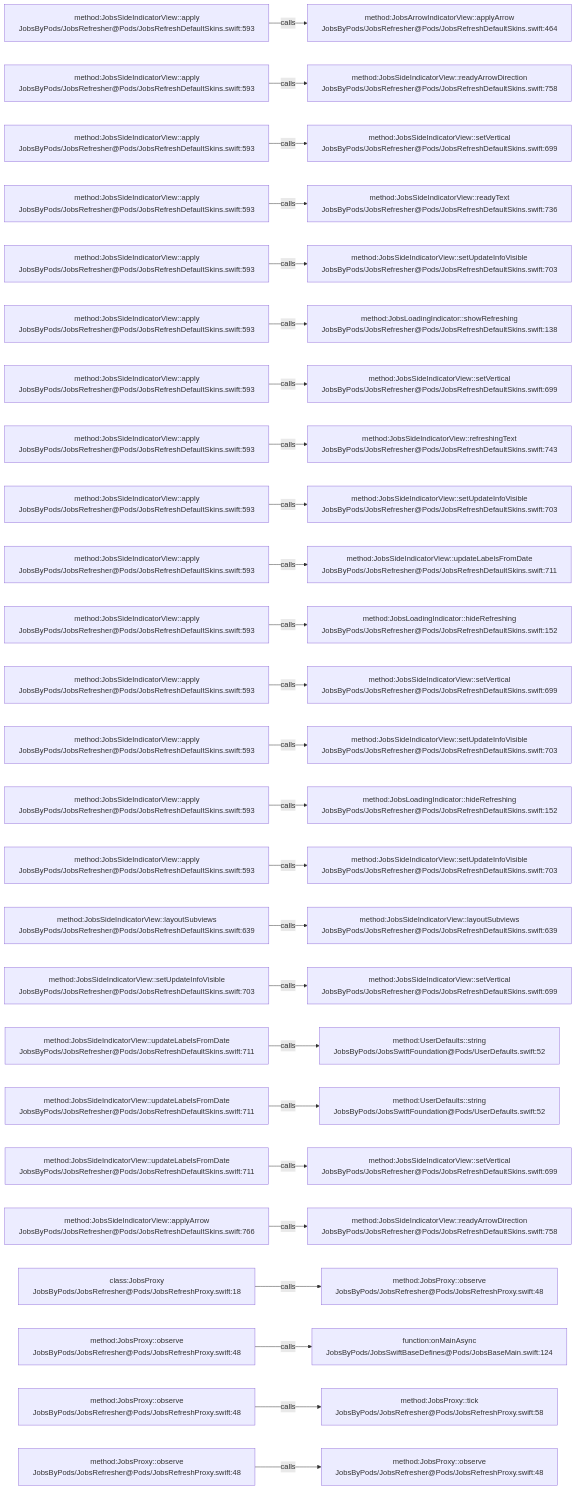
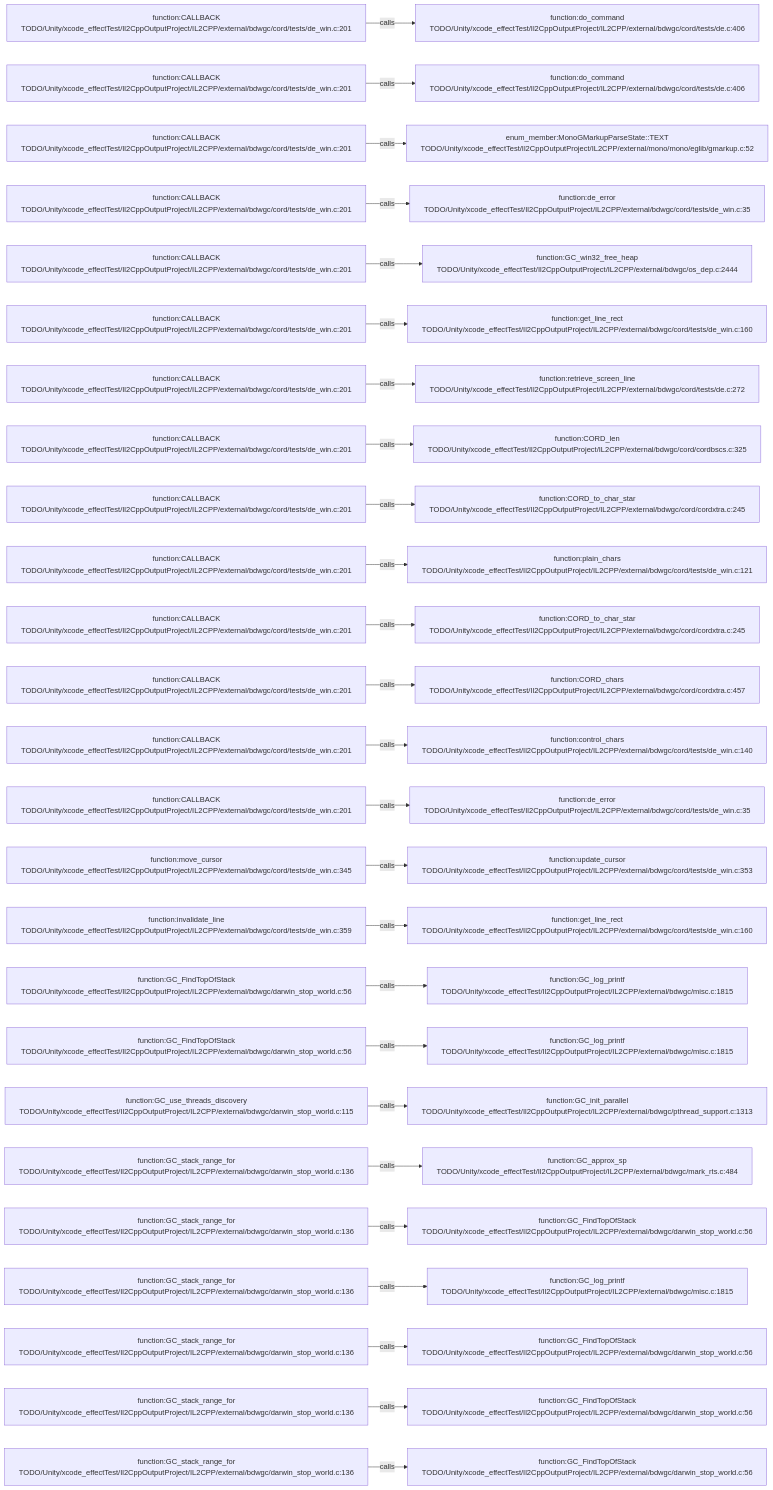
The diagram in .codegraph/codegraph.md/graphs/calls-163.md (JobsKits/JobsSwiftBaseConfigDemo), drawn with Mermaid before and after one commit. The commit also changed 569 other files, not shown here.

````diff
--- a/.codegraph/codegraph.md/graphs/calls-163.md
+++ b/.codegraph/codegraph.md/graphs/calls-163.md
@@ -13,78 +13,78 @@
 ```mermaid
 flowchart LR
-  S1["method:JobsSideIndicatorView::apply<br/>JobsByPods/JobsRefresher@Pods/JobsRefreshDefaultSkins.swift:593"]
-  T1["method:JobsArrowIndicatorView::applyArrow<br/>JobsByPods/JobsRefresher@Pods/JobsRefreshDefaultSkins.swift:464"]
+  S1["function:CALLBACK<br/>TODO/Unity/xcode_effectTest/Il2CppOutputProject/IL2CPP/external/bdwgc/cord/tests/de_win.c:201"]
+  T1["function:do_command<br/>TODO/Unity/xcode_effectTest/Il2CppOutputProject/IL2CPP/external/bdwgc/cord/tests/de.c:406"]
   S1 -->|calls| T1
-  S2["method:JobsSideIndicatorView::apply<br/>JobsByPods/JobsRefresher@Pods/JobsRefreshDefaultSkins.swift:593"]
-  T2["method:JobsSideIndicatorView::readyArrowDirection<br/>JobsByPods/JobsRefresher@Pods/JobsRefreshDefaultSkins.swift:758"]
+  S2["function:CALLBACK<br/>TODO/Unity/xcode_effectTest/Il2CppOutputProject/IL2CPP/external/bdwgc/cord/tests/de_win.c:201"]
+  T2["function:do_command<br/>TODO/Unity/xcode_effectTest/Il2CppOutputProject/IL2CPP/external/bdwgc/cord/tests/de.c:406"]
   S2 -->|calls| T2
-  S3["method:JobsSideIndicatorView::apply<br/>JobsByPods/JobsRefresher@Pods/JobsRefreshDefaultSkins.swift:593"]
-  T3["method:JobsSideIndicatorView::setVertical<br/>JobsByPods/JobsRefresher@Pods/JobsRefreshDefaultSkins.swift:699"]
+  S3["function:CALLBACK<br/>TODO/Unity/xcode_effectTest/Il2CppOutputProject/IL2CPP/external/bdwgc/cord/tests/de_win.c:201"]
+  T3["enum_member:MonoGMarkupParseState::TEXT<br/>TODO/Unity/xcode_effectTest/Il2CppOutputProject/IL2CPP/external/mono/mono/eglib/gmarkup.c:52"]
   S3 -->|calls| T3
-  S4["method:JobsSideIndicatorView::apply<br/>JobsByPods/JobsRefresher@Pods/JobsRefreshDefaultSkins.swift:593"]
-  T4["method:JobsSideIndicatorView::readyText<br/>JobsByPods/JobsRefresher@Pods/JobsRefreshDefaultSkins.swift:736"]
+  S4["function:CALLBACK<br/>TODO/Unity/xcode_effectTest/Il2CppOutputProject/IL2CPP/external/bdwgc/cord/tests/de_win.c:201"]
+  T4["function:de_error<br/>TODO/Unity/xcode_effectTest/Il2CppOutputProject/IL2CPP/external/bdwgc/cord/tests/de_win.c:35"]
   S4 -->|calls| T4
-  S5["method:JobsSideIndicatorView::apply<br/>JobsByPods/JobsRefresher@Pods/JobsRefreshDefaultSkins.swift:593"]
-  T5["method:JobsSideIndicatorView::setUpdateInfoVisible<br/>JobsByPods/JobsRefresher@Pods/JobsRefreshDefaultSkins.swift:703"]
+  S5["function:CALLBACK<br/>TODO/Unity/xcode_effectTest/Il2CppOutputProject/IL2CPP/external/bdwgc/cord/tests/de_win.c:201"]
+  T5["function:GC_win32_free_heap<br/>TODO/Unity/xcode_effectTest/Il2CppOutputProject/IL2CPP/external/bdwgc/os_dep.c:2444"]
   S5 -->|calls| T5
-  S6["method:JobsSideIndicatorView::apply<br/>JobsByPods/JobsRefresher@Pods/JobsRefreshDefaultSkins.swift:593"]
-  T6["method:JobsLoadingIndicator::showRefreshing<br/>JobsByPods/JobsRefresher@Pods/JobsRefreshDefaultSkins.swift:138"]
+  S6["function:CALLBACK<br/>TODO/Unity/xcode_effectTest/Il2CppOutputProject/IL2CPP/external/bdwgc/cord/tests/de_win.c:201"]
+  T6["function:get_line_rect<br/>TODO/Unity/xcode_effectTest/Il2CppOutputProject/IL2CPP/external/bdwgc/cord/tests/de_win.c:160"]
   S6 -->|calls| T6
-  S7["method:JobsSideIndicatorView::apply<br/>JobsByPods/JobsRefresher@Pods/JobsRefreshDefaultSkins.swift:593"]
-  T7["method:JobsSideIndicatorView::setVertical<br/>JobsByPods/JobsRefresher@Pods/JobsRefreshDefaultSkins.swift:699"]
+  S7["function:CALLBACK<br/>TODO/Unity/xcode_effectTest/Il2CppOutputProject/IL2CPP/external/bdwgc/cord/tests/de_win.c:201"]
+  T7["function:retrieve_screen_line<br/>TODO/Unity/xcode_effectTest/Il2CppOutputProject/IL2CPP/external/bdwgc/cord/tests/de.c:272"]
   S7 -->|calls| T7
-  S8["method:JobsSideIndicatorView::apply<br/>JobsByPods/JobsRefresher@Pods/JobsRefreshDefaultSkins.swift:593"]
-  T8["method:JobsSideIndicatorView::refreshingText<br/>JobsByPods/JobsRefresher@Pods/JobsRefreshDefaultSkins.swift:743"]
+  S8["function:CALLBACK<br/>TODO/Unity/xcode_effectTest/Il2CppOutputProject/IL2CPP/external/bdwgc/cord/tests/de_win.c:201"]
+  T8["function:CORD_len<br/>TODO/Unity/xcode_effectTest/Il2CppOutputProject/IL2CPP/external/bdwgc/cord/cordbscs.c:325"]
   S8 -->|calls| T8
-  S9["method:JobsSideIndicatorView::apply<br/>JobsByPods/JobsRefresher@Pods/JobsRefreshDefaultSkins.swift:593"]
-  T9["method:JobsSideIndicatorView::setUpdateInfoVisible<br/>JobsByPods/JobsRefresher@Pods/JobsRefreshDefaultSkins.swift:703"]
+  S9["function:CALLBACK<br/>TODO/Unity/xcode_effectTest/Il2CppOutputProject/IL2CPP/external/bdwgc/cord/tests/de_win.c:201"]
+  T9["function:CORD_to_char_star<br/>TODO/Unity/xcode_effectTest/Il2CppOutputProject/IL2CPP/external/bdwgc/cord/cordxtra.c:245"]
   S9 -->|calls| T9
-  S10["method:JobsSideIndicatorView::apply<br/>JobsByPods/JobsRefresher@Pods/JobsRefreshDefaultSkins.swift:593"]
-  T10["method:JobsSideIndicatorView::updateLabelsFromDate<br/>JobsByPods/JobsRefresher@Pods/JobsRefreshDefaultSkins.swift:711"]
+  S10["function:CALLBACK<br/>TODO/Unity/xcode_effectTest/Il2CppOutputProject/IL2CPP/external/bdwgc/cord/tests/de_win.c:201"]
+  T10["function:plain_chars<br/>TODO/Unity/xcode_effectTest/Il2CppOutputProject/IL2CPP/external/bdwgc/cord/tests/de_win.c:121"]
   S10 -->|calls| T10
-  S11["method:JobsSideIndicatorView::apply<br/>JobsByPods/JobsRefresher@Pods/JobsRefreshDefaultSkins.swift:593"]
-  T11["method:JobsLoadingIndicator::hideRefreshing<br/>JobsByPods/JobsRefresher@Pods/JobsRefreshDefaultSkins.swift:152"]
+  S11["function:CALLBACK<br/>TODO/Unity/xcode_effectTest/Il2CppOutputProject/IL2CPP/external/bdwgc/cord/tests/de_win.c:201"]
+  T11["function:CORD_to_char_star<br/>TODO/Unity/xcode_effectTest/Il2CppOutputProject/IL2CPP/external/bdwgc/cord/cordxtra.c:245"]
   S11 -->|calls| T11
-  S12["method:JobsSideIndicatorView::apply<br/>JobsByPods/JobsRefresher@Pods/JobsRefreshDefaultSkins.swift:593"]
-  T12["method:JobsSideIndicatorView::setVertical<br/>JobsByPods/JobsRefresher@Pods/JobsRefreshDefaultSkins.swift:699"]
+  S12["function:CALLBACK<br/>TODO/Unity/xcode_effectTest/Il2CppOutputProject/IL2CPP/external/bdwgc/cord/tests/de_win.c:201"]
+  T12["function:CORD_chars<br/>TODO/Unity/xcode_effectTest/Il2CppOutputProject/IL2CPP/external/bdwgc/cord/cordxtra.c:457"]
   S12 -->|calls| T12
-  S13["method:JobsSideIndicatorView::apply<br/>JobsByPods/JobsRefresher@Pods/JobsRefreshDefaultSkins.swift:593"]
-  T13["method:JobsSideIndicatorView::setUpdateInfoVisible<br/>JobsByPods/JobsRefresher@Pods/JobsRefreshDefaultSkins.swift:703"]
+  S13["function:CALLBACK<br/>TODO/Unity/xcode_effectTest/Il2CppOutputProject/IL2CPP/external/bdwgc/cord/tests/de_win.c:201"]
+  T13["function:control_chars<br/>TODO/Unity/xcode_effectTest/Il2CppOutputProject/IL2CPP/external/bdwgc/cord/tests/de_win.c:140"]
   S13 -->|calls| T13
-  S14["method:JobsSideIndicatorView::apply<br/>JobsByPods/JobsRefresher@Pods/JobsRefreshDefaultSkins.swift:593"]
-  T14["method:JobsLoadingIndicator::hideRefreshing<br/>JobsByPods/JobsRefresher@Pods/JobsRefreshDefaultSkins.swift:152"]
+  S14["function:CALLBACK<br/>TODO/Unity/xcode_effectTest/Il2CppOutputProject/IL2CPP/external/bdwgc/cord/tests/de_win.c:201"]
+  T14["function:de_error<br/>TODO/Unity/xcode_effectTest/Il2CppOutputProject/IL2CPP/external/bdwgc/cord/tests/de_win.c:35"]
   S14 -->|calls| T14
-  S15["method:JobsSideIndicatorView::apply<br/>JobsByPods/JobsRefresher@Pods/JobsRefreshDefaultSkins.swift:593"]
-  T15["method:JobsSideIndicatorView::setUpdateInfoVisible<br/>JobsByPods/JobsRefresher@Pods/JobsRefreshDefaultSkins.swift:703"]
+  S15["function:move_cursor<br/>TODO/Unity/xcode_effectTest/Il2CppOutputProject/IL2CPP/external/bdwgc/cord/tests/de_win.c:345"]
+  T15["function:update_cursor<br/>TODO/Unity/xcode_effectTest/Il2CppOutputProject/IL2CPP/external/bdwgc/cord/tests/de_win.c:353"]
   S15 -->|calls| T15
-  S16["method:JobsSideIndicatorView::layoutSubviews<br/>JobsByPods/JobsRefresher@Pods/JobsRefreshDefaultSkins.swift:639"]
-  T16["method:JobsSideIndicatorView::layoutSubviews<br/>JobsByPods/JobsRefresher@Pods/JobsRefreshDefaultSkins.swift:639"]
+  S16["function:invalidate_line<br/>TODO/Unity/xcode_effectTest/Il2CppOutputProject/IL2CPP/external/bdwgc/cord/tests/de_win.c:359"]
+  T16["function:get_line_rect<br/>TODO/Unity/xcode_effectTest/Il2CppOutputProject/IL2CPP/external/bdwgc/cord/tests/de_win.c:160"]
   S16 -->|calls| T16
-  S17["method:JobsSideIndicatorView::setUpdateInfoVisible<br/>JobsByPods/JobsRefresher@Pods/JobsRefreshDefaultSkins.swift:703"]
-  T17["method:JobsSideIndicatorView::setVertical<br/>JobsByPods/JobsRefresher@Pods/JobsRefreshDefaultSkins.swift:699"]
+  S17["function:GC_FindTopOfStack<br/>TODO/Unity/xcode_effectTest/Il2CppOutputProject/IL2CPP/external/bdwgc/darwin_stop_world.c:56"]
+  T17["function:GC_log_printf<br/>TODO/Unity/xcode_effectTest/Il2CppOutputProject/IL2CPP/external/bdwgc/misc.c:1815"]
   S17 -->|calls| T17
-  S18["method:JobsSideIndicatorView::updateLabelsFromDate<br/>JobsByPods/JobsRefresher@Pods/JobsRefreshDefaultSkins.swift:711"]
-  T18["method:UserDefaults::string<br/>JobsByPods/JobsSwiftFoundation@Pods/UserDefaults.swift:52"]
+  S18["function:GC_FindTopOfStack<br/>TODO/Unity/xcode_effectTest/Il2CppOutputProject/IL2CPP/external/bdwgc/darwin_stop_world.c:56"]
+  T18["function:GC_log_printf<br/>TODO/Unity/xcode_effectTest/Il2CppOutputProject/IL2CPP/external/bdwgc/misc.c:1815"]
   S18 -->|calls| T18
-  S19["method:JobsSideIndicatorView::updateLabelsFromDate<br/>JobsByPods/JobsRefresher@Pods/JobsRefreshDefaultSkins.swift:711"]
-  T19["method:UserDefaults::string<br/>JobsByPods/JobsSwiftFoundation@Pods/UserDefaults.swift:52"]
+  S19["function:GC_use_threads_discovery<br/>TODO/Unity/xcode_effectTest/Il2CppOutputProject/IL2CPP/external/bdwgc/darwin_stop_world.c:115"]
+  T19["function:GC_init_parallel<br/>TODO/Unity/xcode_effectTest/Il2CppOutputProject/IL2CPP/external/bdwgc/pthread_support.c:1313"]
   S19 -->|calls| T19
-  S20["method:JobsSideIndicatorView::updateLabelsFromDate<br/>JobsByPods/JobsRefresher@Pods/JobsRefreshDefaultSkins.swift:711"]
-  T20["method:JobsSideIndicatorView::setVertical<br/>JobsByPods/JobsRefresher@Pods/JobsRefreshDefaultSkins.swift:699"]
+  S20["function:GC_stack_range_for<br/>TODO/Unity/xcode_effectTest/Il2CppOutputProject/IL2CPP/external/bdwgc/darwin_stop_world.c:136"]
+  T20["function:GC_approx_sp<br/>TODO/Unity/xcode_effectTest/Il2CppOutputProject/IL2CPP/external/bdwgc/mark_rts.c:484"]
   S20 -->|calls| T20
-  S21["method:JobsSideIndicatorView::applyArrow<br/>JobsByPods/JobsRefresher@Pods/JobsRefreshDefaultSkins.swift:766"]
-  T21["method:JobsSideIndicatorView::readyArrowDirection<br/>JobsByPods/JobsRefresher@Pods/JobsRefreshDefaultSkins.swift:758"]
+  S21["function:GC_stack_range_for<br/>TODO/Unity/xcode_effectTest/Il2CppOutputProject/IL2CPP/external/bdwgc/darwin_stop_world.c:136"]
+  T21["function:GC_FindTopOfStack<br/>TODO/Unity/xcode_effectTest/Il2CppOutputProject/IL2CPP/external/bdwgc/darwin_stop_world.c:56"]
   S21 -->|calls| T21
-  S22["class:JobsProxy<br/>JobsByPods/JobsRefresher@Pods/JobsRefreshProxy.swift:18"]
-  T22["method:JobsProxy::observe<br/>JobsByPods/JobsRefresher@Pods/JobsRefreshProxy.swift:48"]
+  S22["function:GC_stack_range_for<br/>TODO/Unity/xcode_effectTest/Il2CppOutputProject/IL2CPP/external/bdwgc/darwin_stop_world.c:136"]
+  T22["function:GC_log_printf<br/>TODO/Unity/xcode_effectTest/Il2CppOutputProject/IL2CPP/external/bdwgc/misc.c:1815"]
   S22 -->|calls| T22
-  S23["method:JobsProxy::observe<br/>JobsByPods/JobsRefresher@Pods/JobsRefreshProxy.swift:48"]
-  T23["function:onMainAsync<br/>JobsByPods/JobsSwiftBaseDefines@Pods/JobsBaseMain.swift:124"]
+  S23["function:GC_stack_range_for<br/>TODO/Unity/xcode_effectTest/Il2CppOutputProject/IL2CPP/external/bdwgc/darwin_stop_world.c:136"]
+  T23["function:GC_FindTopOfStack<br/>TODO/Unity/xcode_effectTest/Il2CppOutputProject/IL2CPP/external/bdwgc/darwin_stop_world.c:56"]
   S23 -->|calls| T23
-  S24["method:JobsProxy::observe<br/>JobsByPods/JobsRefresher@Pods/JobsRefreshProxy.swift:48"]
-  T24["method:JobsProxy::tick<br/>JobsByPods/JobsRefresher@Pods/JobsRefreshProxy.swift:58"]
+  S24["function:GC_stack_range_for<br/>TODO/Unity/xcode_effectTest/Il2CppOutputProject/IL2CPP/external/bdwgc/darwin_stop_world.c:136"]
+  T24["function:GC_FindTopOfStack<br/>TODO/Unity/xcode_effectTest/Il2CppOutputProject/IL2CPP/external/bdwgc/darwin_stop_world.c:56"]
   S24 -->|calls| T24
-  S25["method:JobsProxy::observe<br/>JobsByPods/JobsRefresher@Pods/JobsRefreshProxy.swift:48"]
-  T25["method:JobsProxy::observe<br/>JobsByPods/JobsRefresher@Pods/JobsRefreshProxy.swift:48"]
+  S25["function:GC_stack_range_for<br/>TODO/Unity/xcode_effectTest/Il2CppOutputProject/IL2CPP/external/bdwgc/darwin_stop_world.c:136"]
+  T25["function:GC_FindTopOfStack<br/>TODO/Unity/xcode_effectTest/Il2CppOutputProject/IL2CPP/external/bdwgc/darwin_stop_world.c:56"]
   S25 -->|calls| T25
 ```
````
